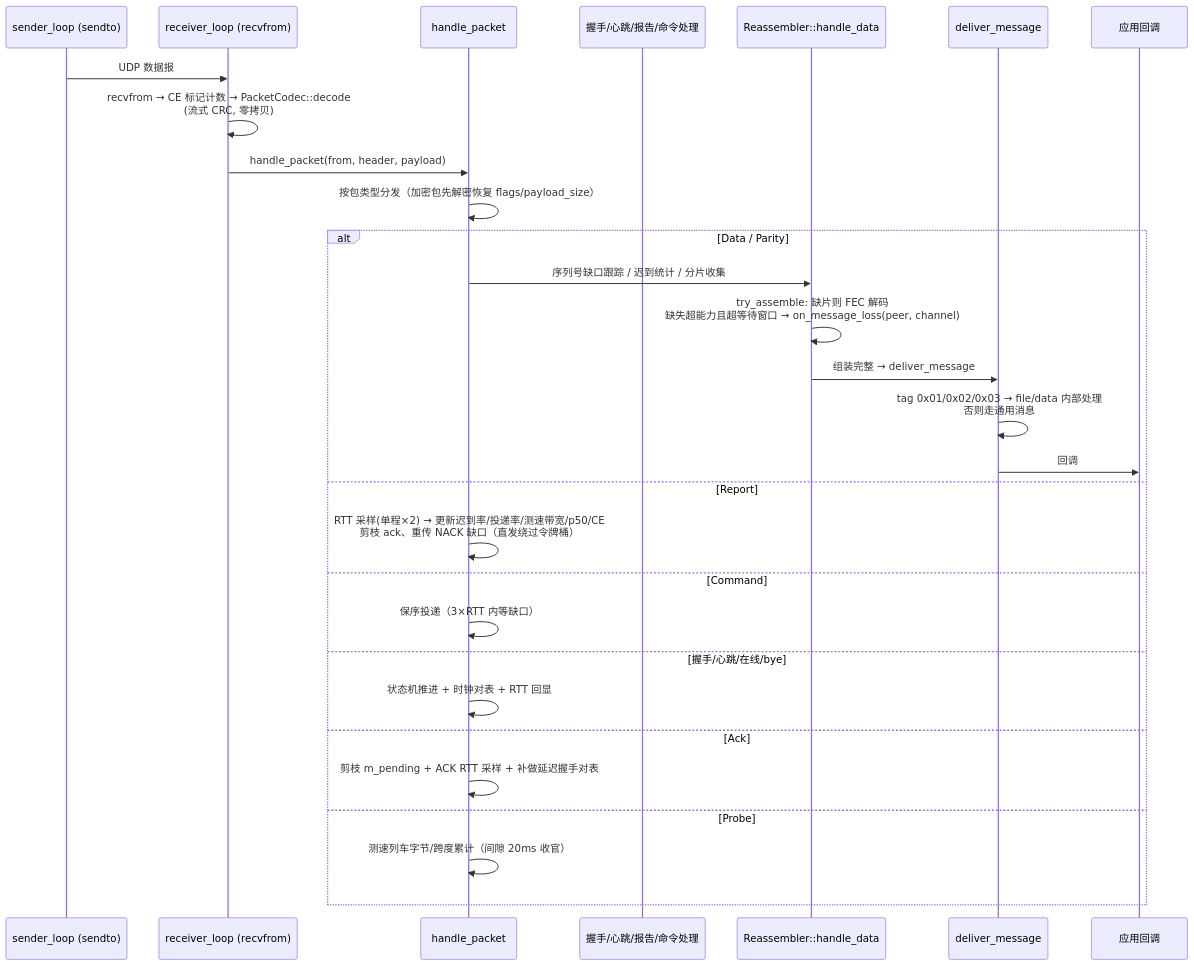
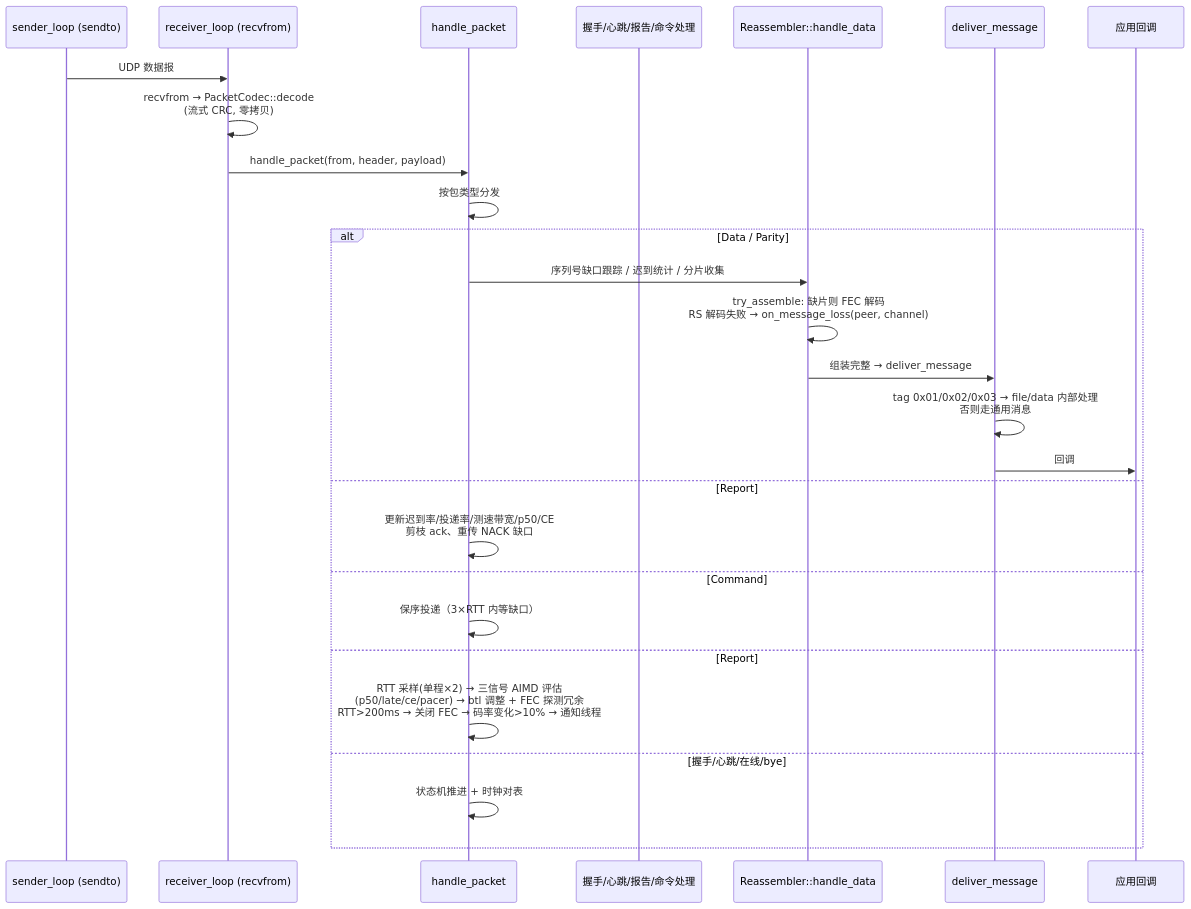
Before and after one commit to arrayforward/tight: the fourth of 7 diagrams in docs/tight_architecture.md, drawn with Mermaid. The commit also changed other lines of this file and 17 other files, not shown here.

````diff
--- a/docs/tight_architecture.md
+++ b/docs/tight_architecture.md
@@ -194,32 +153,30 @@
 ```mermaid
 sequenceDiagram
     participant SD as sender_loop (sendto)
     participant RC as receiver_loop (recvfrom)
     participant HP as handle_packet
     participant HS as 握手/心跳/报告/命令处理
     participant RS as Reassembler::handle_data
     participant DV as deliver_message
     participant CB as 应用回调
 
     SD->>RC: UDP 数据报
-    RC->>RC: recvfrom → CE 标记计数 → PacketCodec::decode<br/>(流式 CRC, 零拷贝)
+    RC->>RC: recvfrom → PacketCodec::decode<br/>(流式 CRC, 零拷贝)
     RC->>HP: handle_packet(from, header, payload)
-    HP->>HP: 按包类型分发（加密包先解密恢复 flags/payload_size）
+    HP->>HP: 按包类型分发
     alt Data / Parity
         HP->>RS: 序列号缺口跟踪 / 迟到统计 / 分片收集
-        RS->>RS: try_assemble: 缺片则 FEC 解码<br/>缺失超能力且超等待窗口 → on_message_loss(peer, channel)
+        RS->>RS: try_assemble: 缺片则 FEC 解码<br/>RS 解码失败 → on_message_loss(peer, channel)
         RS->>DV: 组装完整 → deliver_message
         DV->>DV: tag 0x01/0x02/0x03 → file/data 内部处理<br/>否则走通用消息
         DV->>CB: 回调
     else Report
-        HP->>HP: RTT 采样(单程×2) → 更新迟到率/投递率/测速带宽/p50/CE<br/>剪枝 ack、重传 NACK 缺口（直发绕过令牌桶）
+        HP->>HP: 更新迟到率/投递率/测速带宽/p50/CE<br/>剪枝 ack、重传 NACK 缺口
     else Command
         HP->>HP: 保序投递（3×RTT 内等缺口）
+    else Report
+        HP->>HP: RTT 采样(单程×2) → 三信号 AIMD 评估<br/>(p50/late/ce/pacer) → btl 调整 + FEC 探测冗余<br/>RTT>200ms → 关闭 FEC → 码率变化>10% → 通知线程
     else 握手/心跳/在线/bye
-        HP->>HP: 状态机推进 + 时钟对表 + RTT 回显
-    else Ack
-        HP->>HP: 剪枝 m_pending + ACK RTT 采样 + 补做延迟握手对表
-    else Probe
-        HP->>HP: 测速列车字节/跨度累计（间隙 20ms 收官）
+        HP->>HP: 状态机推进 + 时钟对表
     end
 ```
````
